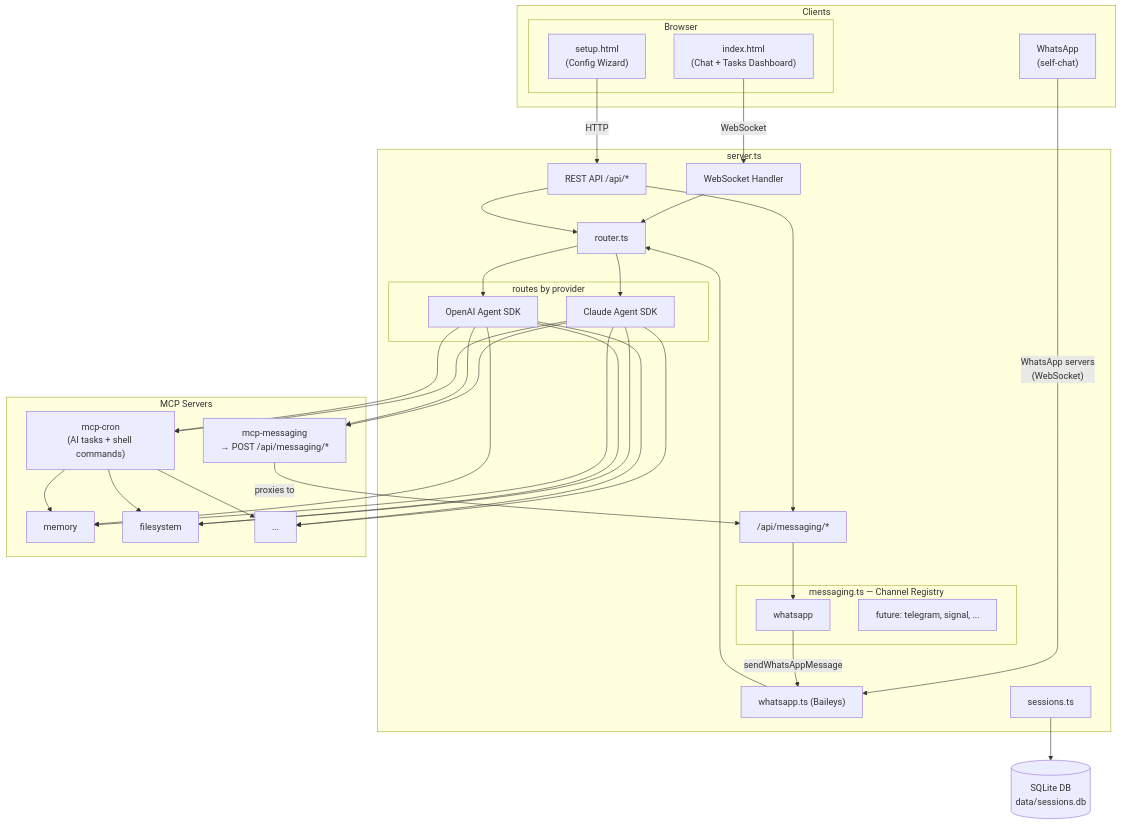
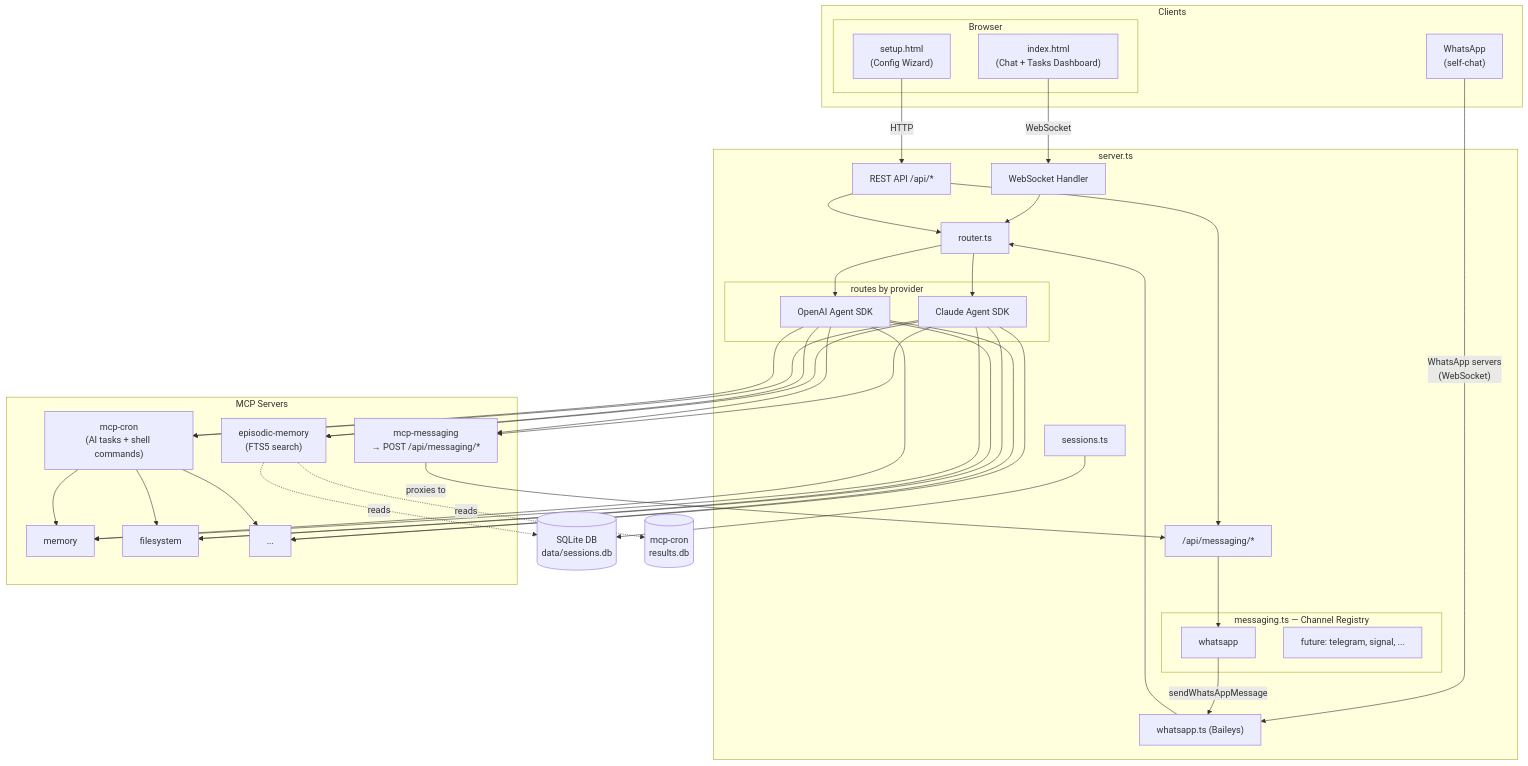
Before and after one commit to jolks/goto-assistant: the diagram in docs/architecture.md, drawn with Mermaid. The commit also changed 1 other file, not shown here.

Commit message:
Document episodic memory MCP server in README and architecture diagram

````diff
--- a/docs/architecture.md
+++ b/docs/architecture.md
@@ -3,63 +3,67 @@
 ```mermaid
 flowchart TD
     subgraph Clients
         subgraph Browser
             index["index.html<br/>(Chat + Tasks Dashboard)"]
             setup["setup.html<br/>(Config Wizard)"]
         end
         whatsapp_client["WhatsApp<br/>(self-chat)"]
     end
 
     subgraph "server.ts"
         ws["WebSocket Handler"]
         rest["REST API /api/*"]
         wa["whatsapp.ts (Baileys)"]
 
         subgraph "messaging.ts — Channel Registry"
             ch_wa["whatsapp"]
             ch_future["future: telegram, signal, ..."]
         end
 
         messaging_api["/api/messaging/*"]
 
         router["router.ts"]
 
         subgraph providers ["routes by provider"]
             claude["Claude Agent SDK"]
             openai["OpenAI Agent SDK"]
         end
 
         sessions["sessions.ts"]
     end
 
     subgraph "MCP Servers"
         memory["memory"]
         filesystem["filesystem"]
         other_mcp["..."]
         cron["mcp-cron<br/>(AI tasks + shell commands)"]
         mcp_msg["mcp-messaging<br/>→ POST /api/messaging/*"]
+        episodic["episodic-memory<br/>(FTS5 search)"]
     end
 
     db[("SQLite DB<br/>data/sessions.db")]
+    cron_db[("mcp-cron<br/>results.db")]
 
     index -- "WebSocket" --> ws
     setup -- "HTTP" --> rest
     whatsapp_client -- "WhatsApp servers<br/>(WebSocket)" --> wa
 
     ws --> router
     rest --> router
     wa --> router
     router --> claude & openai
 
     rest --> messaging_api
     messaging_api --> ch_wa
     ch_wa -- "sendWhatsAppMessage" --> wa
 
-    claude --> memory & filesystem & other_mcp & cron & mcp_msg
-    openai --> memory & filesystem & other_mcp & cron & mcp_msg
+    claude --> memory & filesystem & other_mcp & cron & mcp_msg & episodic
+    openai --> memory & filesystem & other_mcp & cron & mcp_msg & episodic
     cron --> memory & filesystem & other_mcp
 
     mcp_msg -- "proxies to" --> messaging_api
 
     sessions --> db
+    episodic -. "reads" .-> db
+    episodic -. "reads" .-> cron_db
 ```
````
